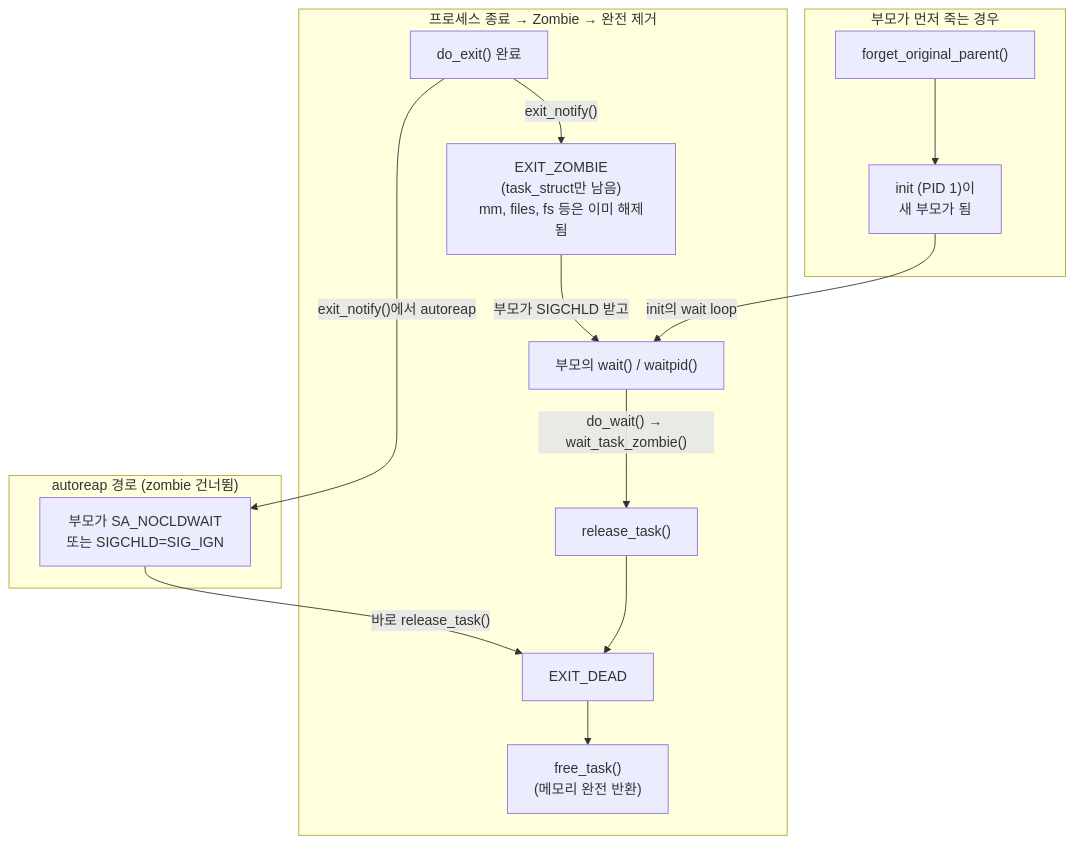
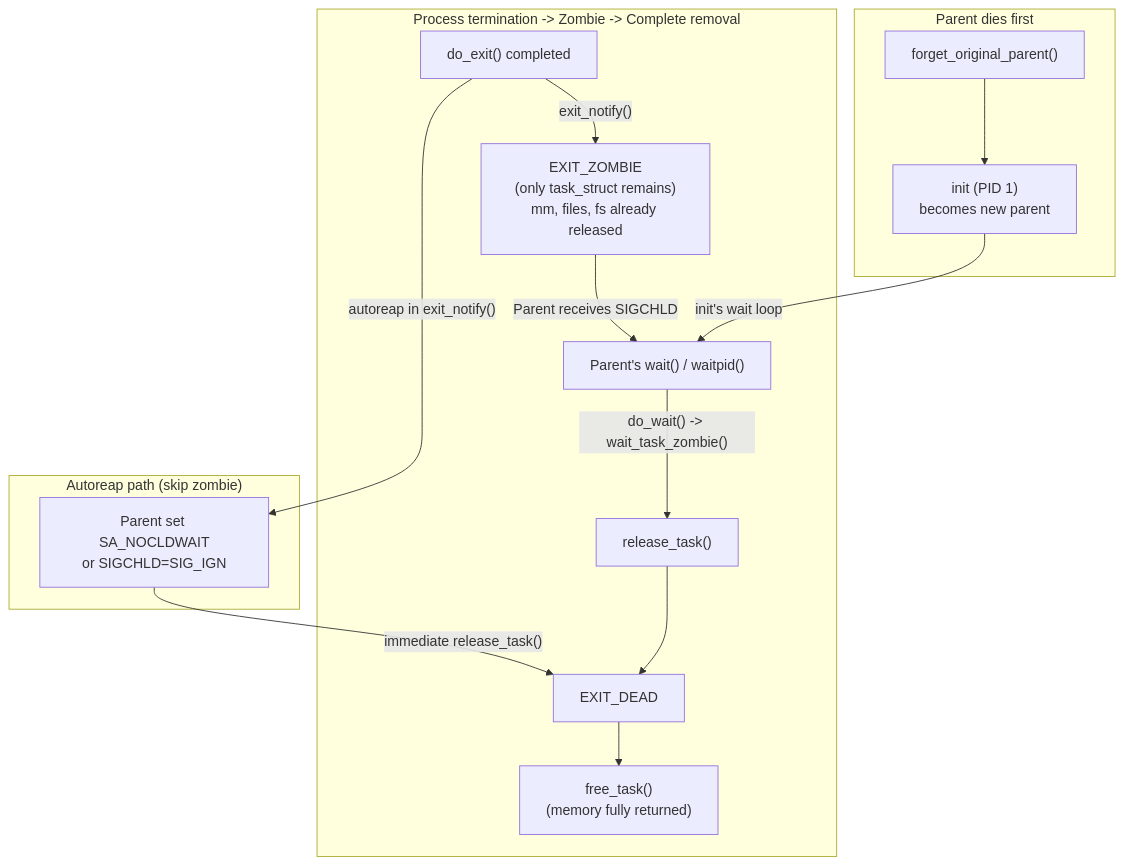
The tenth of 11 diagrams in process.md (inineapa/KernelDoc), drawn with Mermaid before and after one commit. The commit also changed other lines of this file, not shown here.

First line of the commit message:
Rewrite process.md: translate to English and expand termination coverage

````diff
--- a/process.md
+++ b/process.md
@@ -491,29 +707,29 @@
 ```mermaid
 graph TB
-    subgraph "프로세스 종료 → Zombie → 완전 제거"
-        A["do_exit() 완료"]
-        B["EXIT_ZOMBIE<br/>(task_struct만 남음)<br/>mm, files, fs 등은 이미 해제됨"]
-        C["부모의 wait() / waitpid()"]
+    subgraph "Process termination -> Zombie -> Complete removal"
+        A["do_exit() completed"]
+        B["EXIT_ZOMBIE<br/>(only task_struct remains)<br/>mm, files, fs already released"]
+        C["Parent's wait() / waitpid()"]
         D["release_task()"]
         E["EXIT_DEAD"]
-        F["free_task()<br/>(메모리 완전 반환)"]
+        F["free_task()<br/>(memory fully returned)"]
     end
 
     A -->|"exit_notify()"| B
-    B -->|"부모가 SIGCHLD 받고"| C
-    C -->|"do_wait() → wait_task_zombie()"| D
+    B -->|"Parent receives SIGCHLD"| C
+    C -->|"do_wait() -> wait_task_zombie()"| D
     D --> E --> F
 
-    subgraph "autoreap 경로 (zombie 건너뜀)"
-        AR["부모가 SA_NOCLDWAIT<br/>또는 SIGCHLD=SIG_IGN"]
+    subgraph "Autoreap path (skip zombie)"
+        AR["Parent set SA_NOCLDWAIT<br/>or SIGCHLD=SIG_IGN"]
     end
-    A -->|"exit_notify()에서 autoreap"| AR
-    AR -->|"바로 release_task()"| E
+    A -->|"autoreap in exit_notify()"| AR
+    AR -->|"immediate release_task()"| E
 
-    subgraph "부모가 먼저 죽는 경우"
+    subgraph "Parent dies first"
         RP["forget_original_parent()"]
-        INIT["init (PID 1)이<br/>새 부모가 됨"]
+        INIT["init (PID 1)<br/>becomes new parent"]
     end
     RP --> INIT
-    INIT -->|"init의 wait loop"| C
+    INIT -->|"init's wait loop"| C
 ```
````
